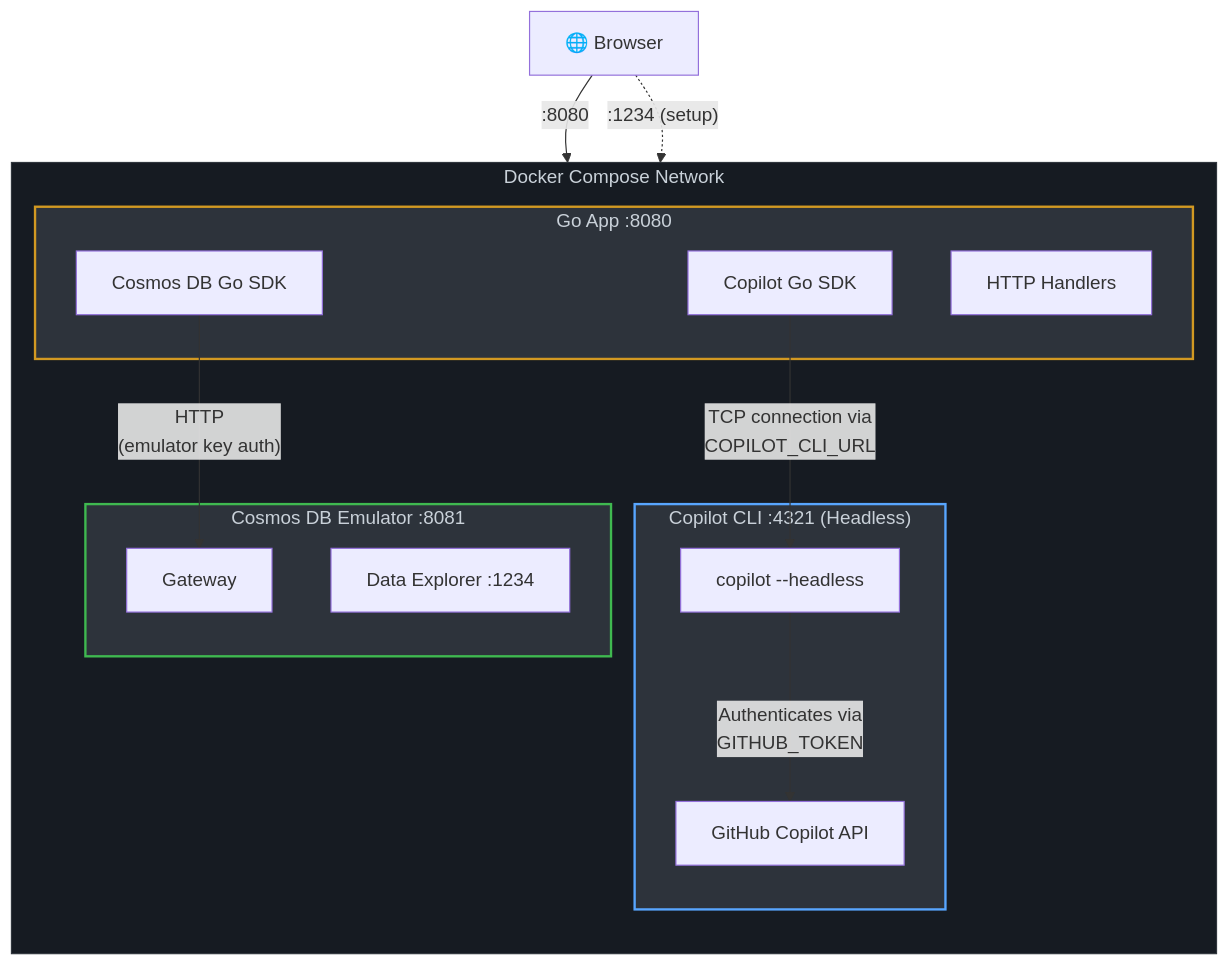
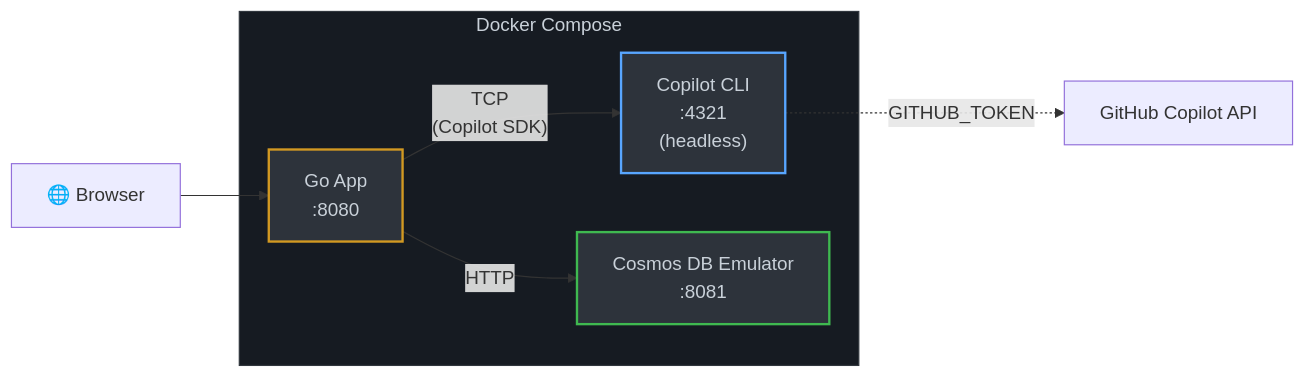
Before and after one commit to abhirockzz/cosmosdb_copilot_sdk_demo_app: the first of 2 diagrams in README.md, drawn with Mermaid.

Commit message:
Simplify Docker Compose architecture diagram

````diff
--- a/README.md
+++ b/README.md
@@ -39,33 +39,19 @@
 ```mermaid
-flowchart TB
-    subgraph docker["Docker Compose Network"]
-        direction TB
+flowchart LR
+    subgraph docker["Docker Compose"]
+        App["Go App\n:8080"]
+        CLI["Copilot CLI\n:4321\n(headless)"]
+        Emulator["Cosmos DB Emulator\n:8081"]
 
-        subgraph app_container["Go App :8080"]
-            SDK["Copilot Go SDK"]
-            CosmosSDK["Cosmos DB Go SDK"]
-            Handlers["HTTP Handlers"]
-        end
-
-        subgraph cli_container["Copilot CLI :4321 (Headless)"]
-            CLI["copilot --headless"]
-            CLI -- "Authenticates via\nGITHUB_TOKEN" --> GH["GitHub Copilot API"]
-        end
-
-        subgraph emulator_container["Cosmos DB Emulator :8081"]
-            Gateway["Gateway"]
-            Explorer["Data Explorer :1234"]
-        end
-
-        SDK -- "TCP connection via\nCOPILOT_CLI_URL" --> CLI
-        CosmosSDK -- "HTTP\n(emulator key auth)" --> Gateway
+        App -- "TCP\n(Copilot SDK)" --> CLI
+        App -- "HTTP" --> Emulator
     end
 
-    Browser["🌐 Browser"] -- ":8080" --> Handlers
-    Browser -. ":1234 (setup)" .-> Explorer
+    CLI -. "GITHUB_TOKEN" .-> GitHub["GitHub Copilot API"]
+    Browser["🌐 Browser"] --> App
 
-    style cli_container fill:#2d333b,stroke:#58a6ff,stroke-width:2px,color:#c9d1d9
-    style emulator_container fill:#2d333b,stroke:#3fb950,stroke-width:2px,color:#c9d1d9
-    style app_container fill:#2d333b,stroke:#d29922,stroke-width:2px,color:#c9d1d9
+    style CLI fill:#2d333b,stroke:#58a6ff,stroke-width:2px,color:#c9d1d9
+    style Emulator fill:#2d333b,stroke:#3fb950,stroke-width:2px,color:#c9d1d9
+    style App fill:#2d333b,stroke:#d29922,stroke-width:2px,color:#c9d1d9
     style docker fill:#161b22,stroke:#30363d,color:#c9d1d9
 ```
````
